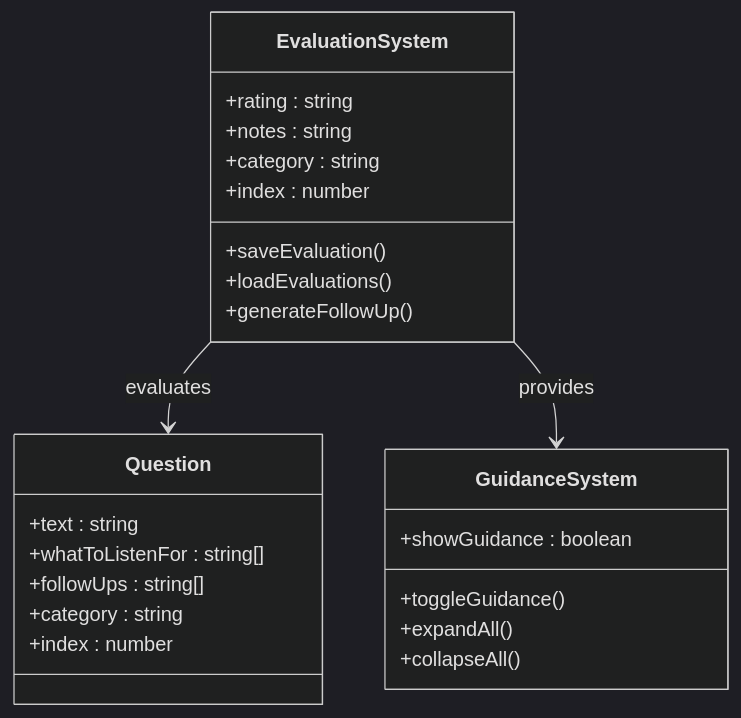
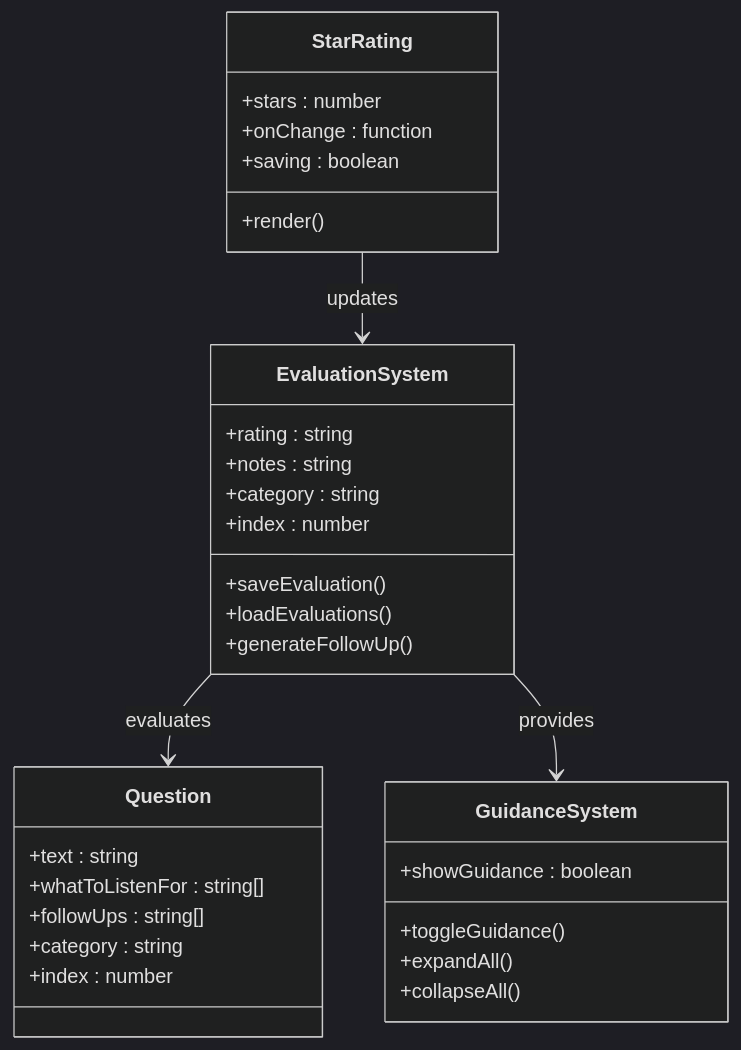
The fifth of 12 diagrams in .qoder/repowiki/en/content/Frontend Architecture/Component Library/PhoneScreenKit Component.md (Revanththetalogics/aireume), drawn with Mermaid (dark theme) before and after one commit. The commit also changed other lines of this file and 61 other files, not shown here.

````diff
--- a/.qoder/repowiki/en/content/Frontend Architecture/Component Library/PhoneScreenKit Component.md
+++ b/.qoder/repowiki/en/content/Frontend Architecture/Component Library/PhoneScreenKit Component.md
@@ -268,27 +281,34 @@
 ```mermaid
 classDiagram
+class StarRating {
++stars : number
++onChange : function
++saving : boolean
++render()
+}
 class EvaluationSystem {
 +rating : string
 +notes : string
 +category : string
 +index : number
 +saveEvaluation()
 +loadEvaluations()
 +generateFollowUp()
 }
 class Question {
 +text : string
 +whatToListenFor : string[]
 +followUps : string[]
 +category : string
 +index : number
 }
 class GuidanceSystem {
 +showGuidance : boolean
 +toggleGuidance()
 +expandAll()
 +collapseAll()
 }
+StarRating --> EvaluationSystem : updates
 EvaluationSystem --> Question : evaluates
 EvaluationSystem --> GuidanceSystem : provides
 ```
````
